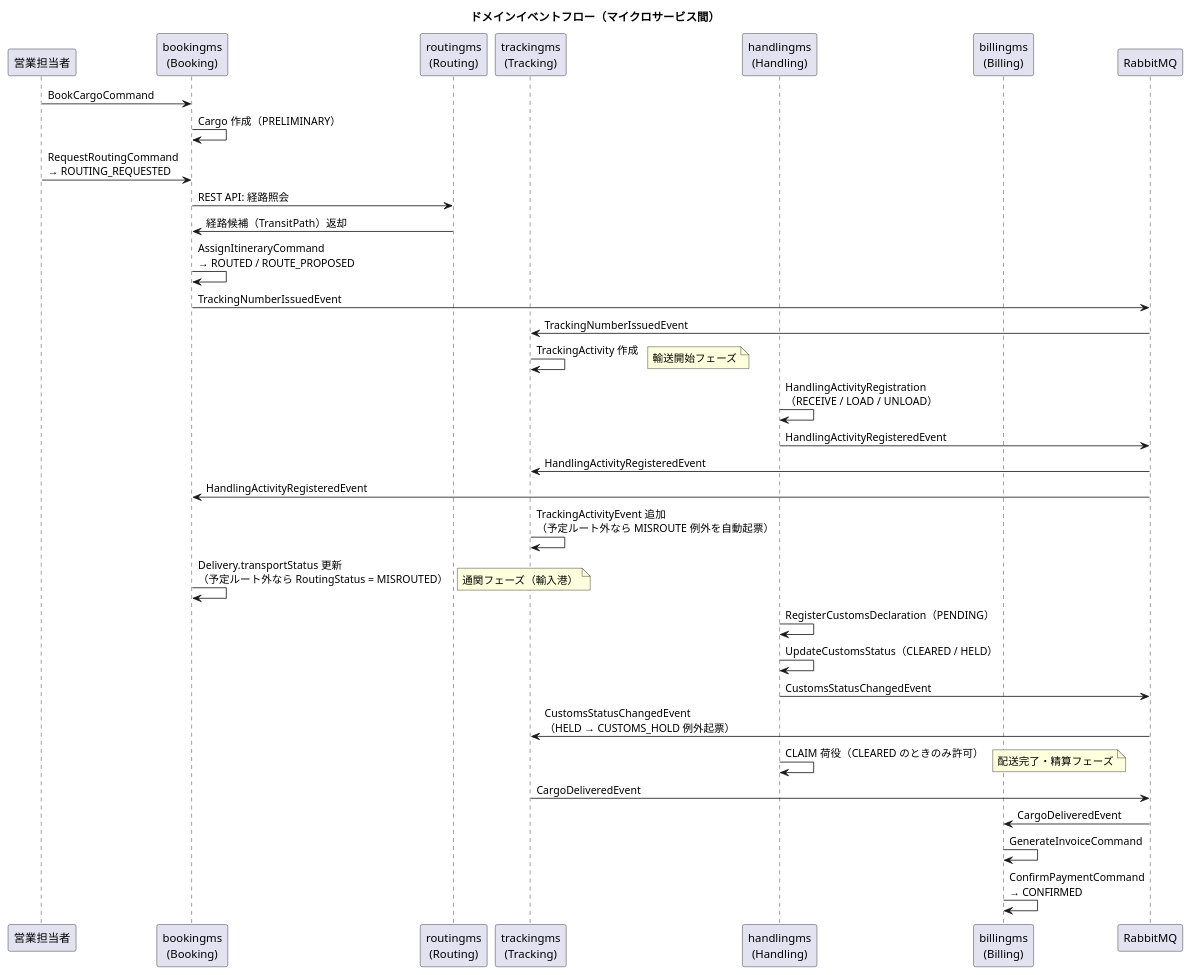
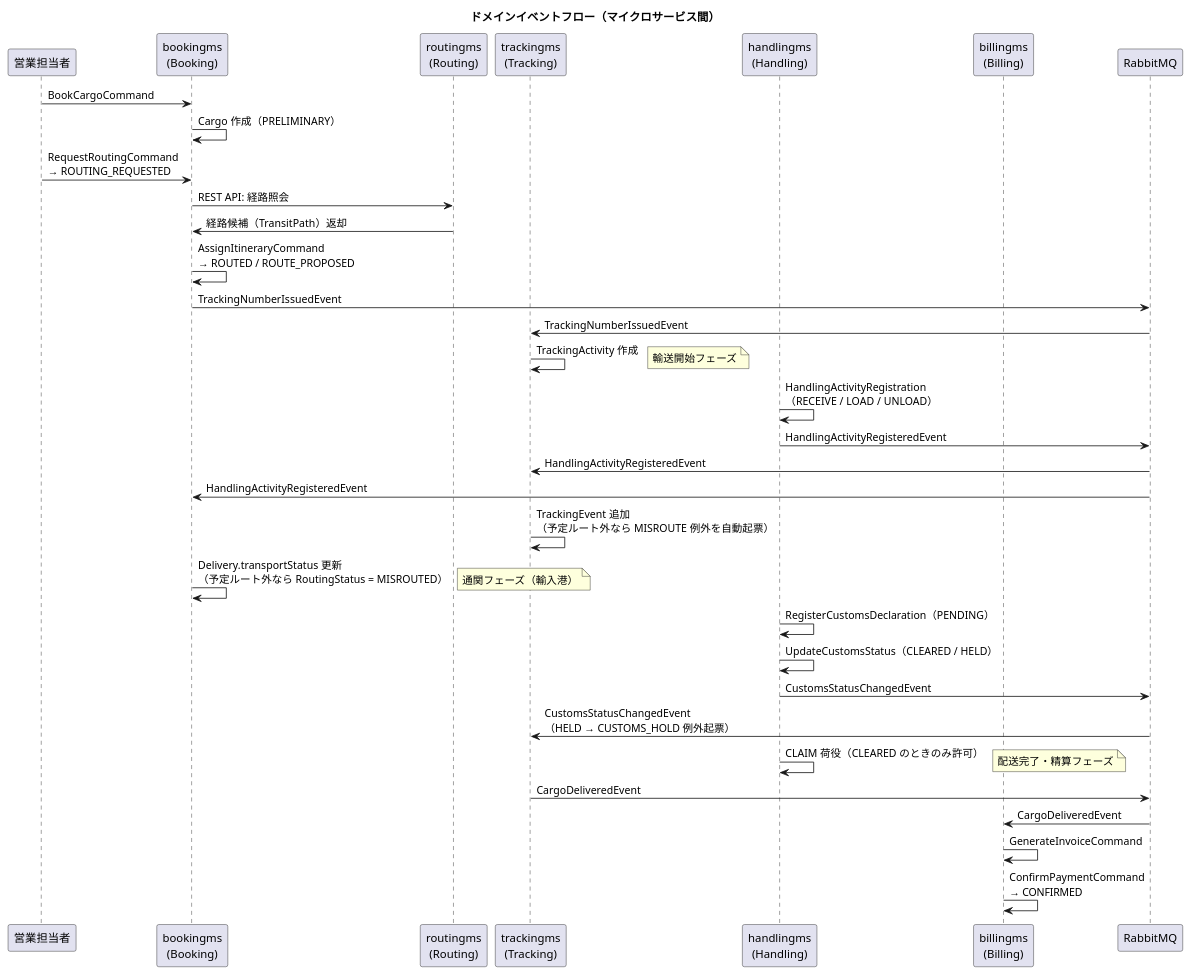
The tenth of 10 diagrams in docs/design/domain-model.md (k2works/case-study-cargo-tracker), drawn with PlantUML before and after one commit. The commit also changed other lines of this file and 3 other files, not shown here.

````diff
--- a/docs/design/domain-model.md
+++ b/docs/design/domain-model.md
@@ -1449,48 +1469,48 @@
 ```plantuml
 @startuml
 title ドメインイベントフロー（マイクロサービス間）
 
 participant "営業担当者" as sales
 participant "bookingms\n(Booking)" as booking
 participant "routingms\n(Routing)" as routing
 participant "trackingms\n(Tracking)" as tracking
 participant "handlingms\n(Handling)" as handling
 participant "billingms\n(Billing)" as billing
 participant "RabbitMQ" as mq
 
 sales -> booking : BookCargoCommand
 booking -> booking : Cargo 作成（PRELIMINARY）
 sales -> booking : RequestRoutingCommand\n→ ROUTING_REQUESTED
 booking -> routing : REST API: 経路照会
 routing -> booking : 経路候補（TransitPath）返却
 booking -> booking : AssignItineraryCommand\n→ ROUTED / ROUTE_PROPOSED
 booking -> mq : TrackingNumberIssuedEvent
 mq -> tracking : TrackingNumberIssuedEvent
 tracking -> tracking : TrackingActivity 作成
 
 note right : 輸送開始フェーズ
 
 handling -> handling : HandlingActivityRegistration\n（RECEIVE / LOAD / UNLOAD）
 handling -> mq : HandlingActivityRegisteredEvent
 mq -> tracking : HandlingActivityRegisteredEvent
 mq -> booking : HandlingActivityRegisteredEvent
-tracking -> tracking : TrackingActivityEvent 追加\n（予定ルート外なら MISROUTE 例外を自動起票）
+tracking -> tracking : TrackingEvent 追加\n（予定ルート外なら MISROUTE 例外を自動起票）
 booking -> booking : Delivery.transportStatus 更新\n（予定ルート外なら RoutingStatus = MISROUTED）
 
 note right : 通関フェーズ（輸入港）
 
 handling -> handling : RegisterCustomsDeclaration（PENDING）
 handling -> handling : UpdateCustomsStatus（CLEARED / HELD）
 handling -> mq : CustomsStatusChangedEvent
 mq -> tracking : CustomsStatusChangedEvent\n（HELD → CUSTOMS_HOLD 例外起票）
 handling -> handling : CLAIM 荷役（CLEARED のときのみ許可）
 
 note right : 配送完了・精算フェーズ
 
 tracking -> mq : CargoDeliveredEvent
 mq -> billing : CargoDeliveredEvent
 billing -> billing : GenerateInvoiceCommand
 billing -> billing : ConfirmPaymentCommand\n→ CONFIRMED
 
 @enduml
 ```
````
